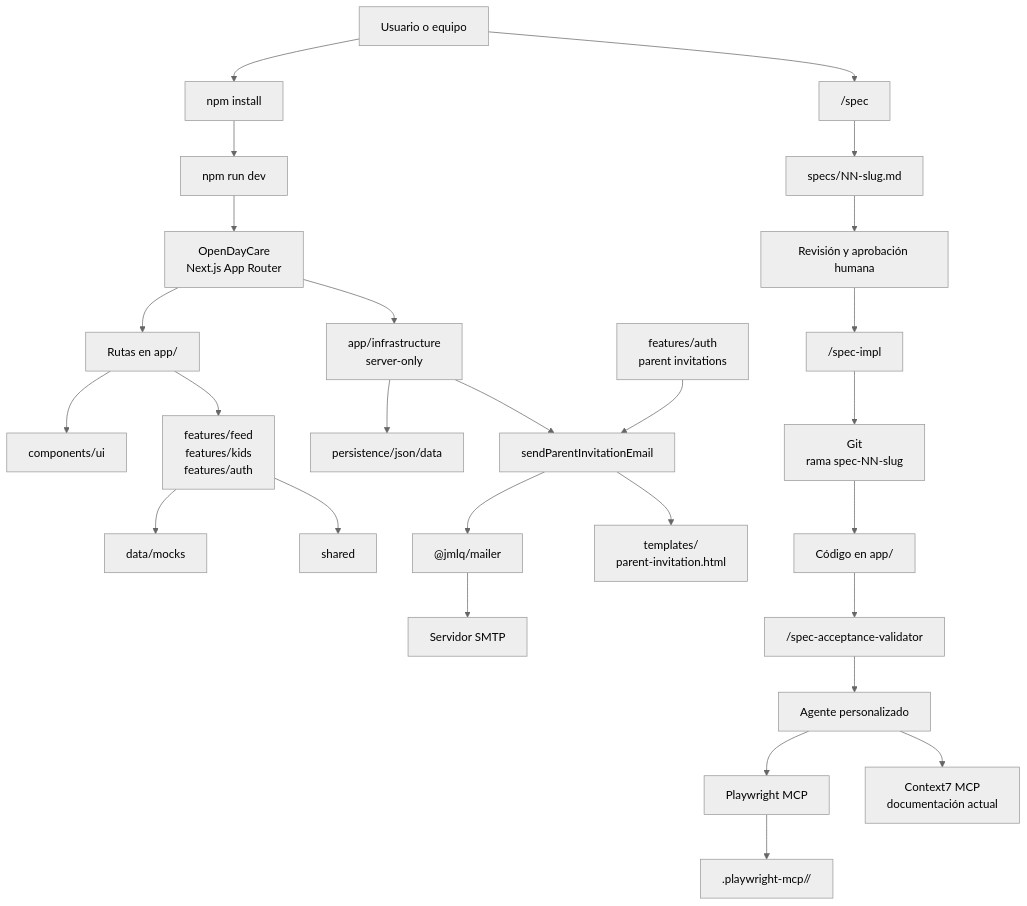
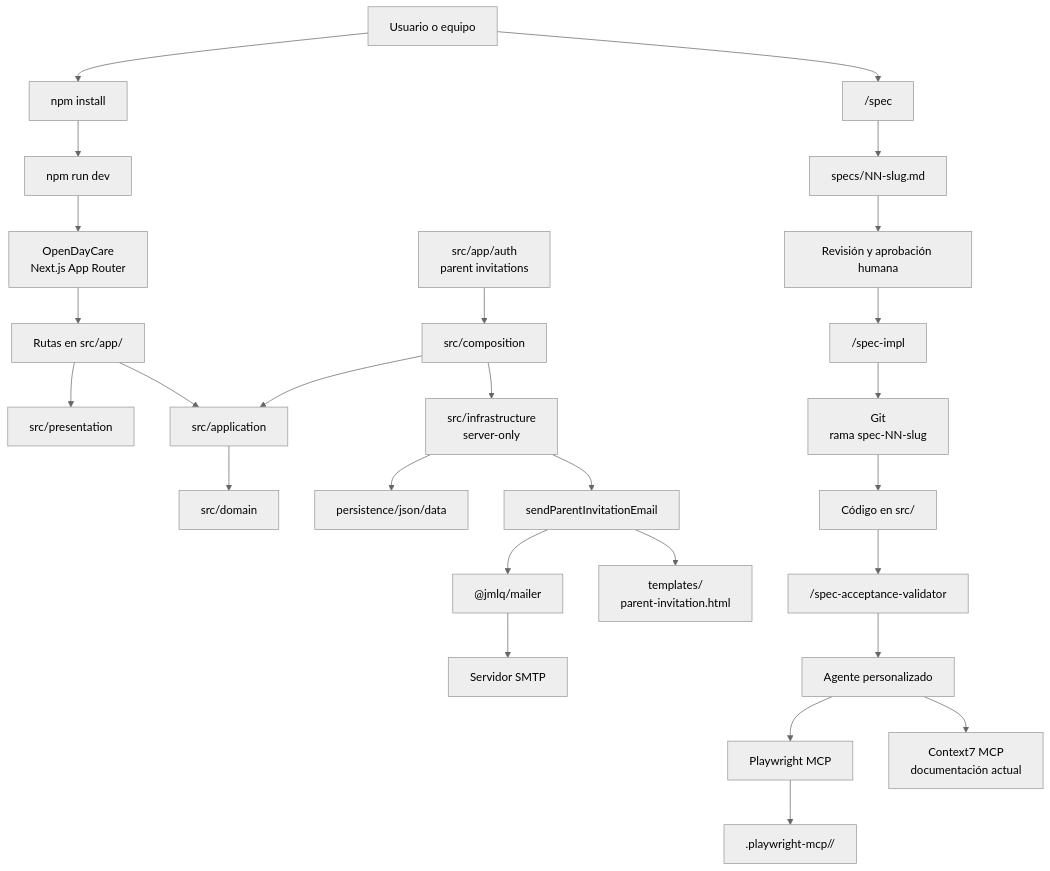
Before and after one commit to MLahuasi/opencode-daycare: the first of 2 diagrams in README.md, drawn with Mermaid (neutral theme). The commit also changed other lines of this file and 1 other file, not shown here.

Commit message:
DayCare - spec-22-src-app-architecture-cutover - Actualizar README.md y AGENTS.md.

````diff
--- a/README.md
+++ b/README.md
@@ -211,32 +214,31 @@
 ```mermaid
 flowchart TD
     U[Usuario o equipo] --> I[npm install]
     I --> R[npm run dev]
     R --> APP["OpenDayCare<br/>Next.js App Router"]
 
-    APP --> ROUTES["Rutas en app/"]
-    ROUTES --> UI["components/ui"]
-    ROUTES --> FEATURES["features/feed<br/>features/kids<br/>features/auth"]
-    FEATURES --> MOCKS["data/mocks"]
-    FEATURES --> SHARED[shared]
-
-    APP --> INFRA["app/infrastructure<br/>server-only"]
+    APP --> ROUTES["Rutas en src/app/"]
+    ROUTES --> PRESENTATION["src/presentation"]
+    ROUTES --> APPLICATION["src/application"]
+    APPLICATION --> DOMAIN["src/domain"]
+    COMPOSITION["src/composition"] --> APPLICATION
+    COMPOSITION --> INFRA["src/infrastructure<br/>server-only"]
     INFRA --> JSON["persistence/json/data"]
     INFRA --> MAILER["sendParentInvitationEmail"]
     MAILER --> PACKAGE["@jmlq/mailer"]
     MAILER --> TEMPLATE["templates/<br/>parent-invitation.html"]
     PACKAGE --> SMTP["Servidor SMTP"]
-    AUTH["features/auth<br/>parent invitations"] --> MAILER
+    AUTH["src/app/auth<br/>parent invitations"] --> COMPOSITION
 
     U --> SPEC["/spec"]
     SPEC --> FILE["specs/NN-slug.md"]
     FILE --> HUMAN["Revisión y aprobación humana"]
     HUMAN --> IMPL["/spec-impl"]
     IMPL --> GIT["Git<br/>rama spec-NN-slug"]
-    GIT --> CODE["Código en app/"]
+    GIT --> CODE["Código en src/"]
     CODE --> VALIDATE["/spec-acceptance-validator"]
     VALIDATE --> AGENT[Agente personalizado]
     AGENT --> PW[Playwright MCP]
     PW --> ART[".playwright-mcp/<Feature>/"]
     AGENT --> C7["Context7 MCP<br/>documentación actual"]
 ```
````
